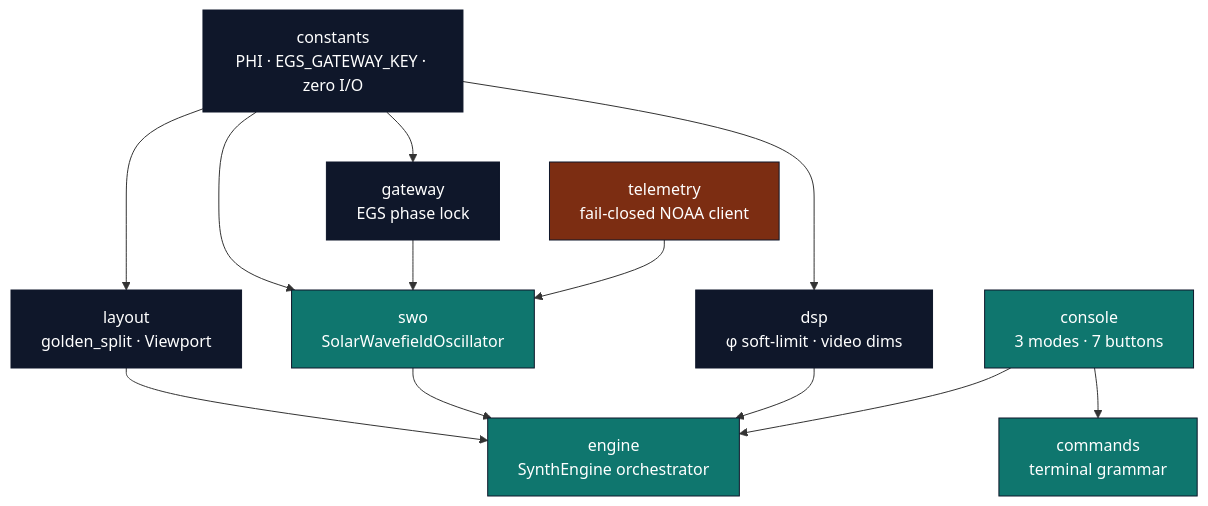
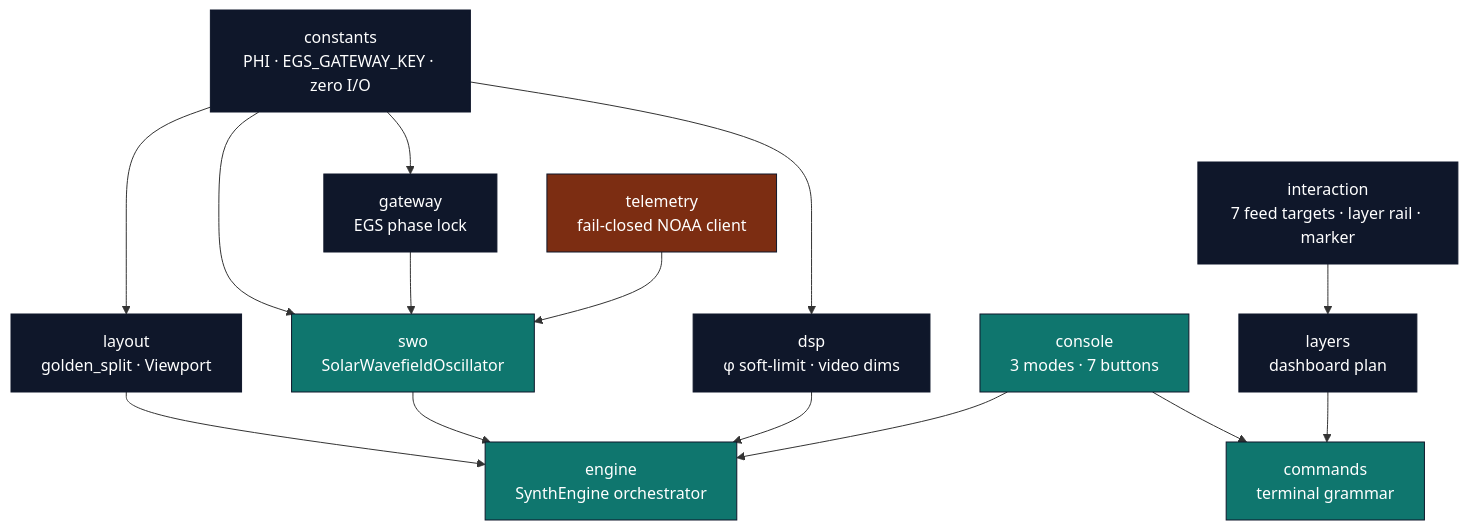
Before and after one commit to docxology/SynthOBS: the first of 3 diagrams in docs/engine.md, drawn with Mermaid. The commit also changed other lines of this file and 32 other files, not shown here.

Commit message:
Complete SynthOBS roadmap surfaces

````diff
--- a/docs/engine.md
+++ b/docs/engine.md
@@ -17,31 +17,35 @@
 ```mermaid
 flowchart TD
     C[constants<br/>PHI · EGS_GATEWAY_KEY · zero I/O]
     L[layout<br/>golden_split · Viewport]
     T[telemetry<br/>fail-closed NOAA client]
     G[gateway<br/>EGS phase lock]
     S[swo<br/>SolarWavefieldOscillator]
     D[dsp<br/>φ soft-limit · video dims]
     CO[console<br/>3 modes · 7 buttons]
     CM[commands<br/>terminal grammar]
+    I[interaction<br/>7 feed targets · layer rail · marker]
+    LP[layers<br/>dashboard plan]
     E[engine<br/>SynthEngine orchestrator]
 
     C --> L
     C --> G
     C --> D
     C --> S
     G --> S
     T --> S
     L --> E
     S --> E
     D --> E
     CO --> E
     CO --> CM
+    I --> LP
+    LP --> CM
 
     classDef core fill:#0f172a,stroke:#0f172a,color:#fff
     classDef io fill:#7c2d12,stroke:#0f172a,color:#fff
     classDef orch fill:#0f766e,stroke:#0f172a,color:#fff
-    class C,L,G,D core
+    class C,L,G,D,I,LP core
     class T io
     class E,S,CO,CM orch
 ```
````
